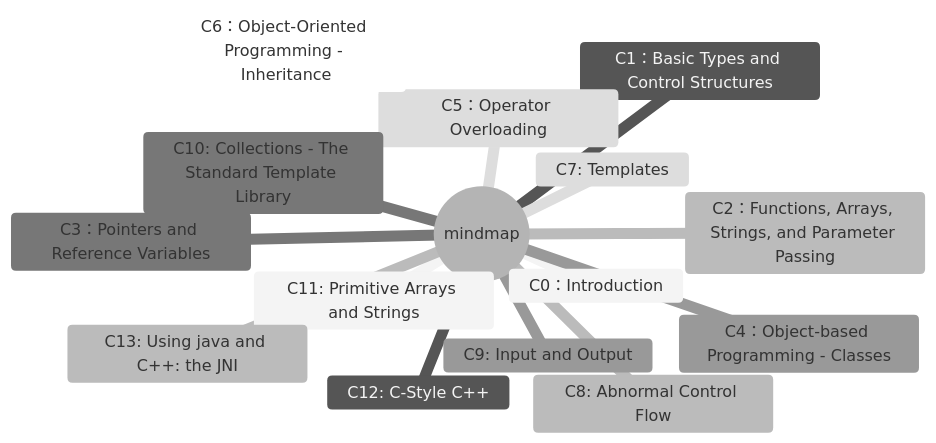
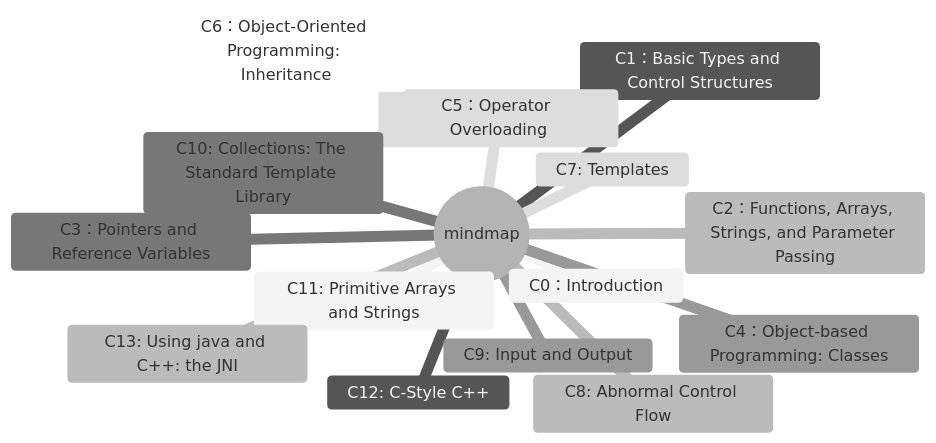
One commit to damonYuan/gitbook changed the diagram in tech/230717-cpp-for-java-programmers.md. Above: the diagram before and after it, drawn with Mermaid (neutral theme).

````diff
--- a/tech/230717-cpp-for-java-programmers.md
+++ b/tech/230717-cpp-for-java-programmers.md
@@ -12,19 +12,19 @@
 ```mermaid
 mindmap
   root((mindmap))
     C0：Introduction
     C1：Basic Types and Control Structures
     C2：Functions, Arrays, Strings, and Parameter Passing
     C3：Pointers and Reference Variables
-    C4：Object-based Programming - Classes
+    C4：Object-based Programming: Classes
     C5：Operator Overloading
-    C6：Object-Oriented Programming - Inheritance
+    C6：Object-Oriented Programming: Inheritance
     C7: Templates
     C8: Abnormal Control Flow
     C9: Input and Output
-    C10: Collections - The Standard Template Library
+    C10: Collections: The Standard Template Library
     C11: Primitive Arrays and Strings
     C12: C-Style C++
     C13: Using java and C++: the JNI
  
 ```
````
